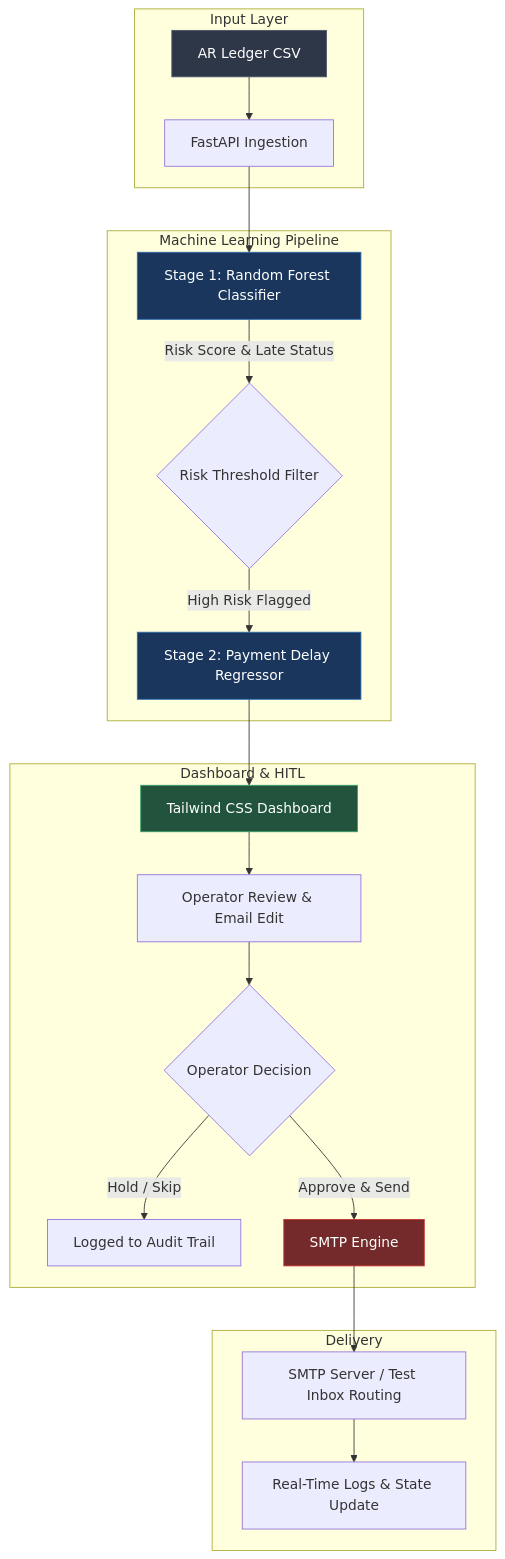
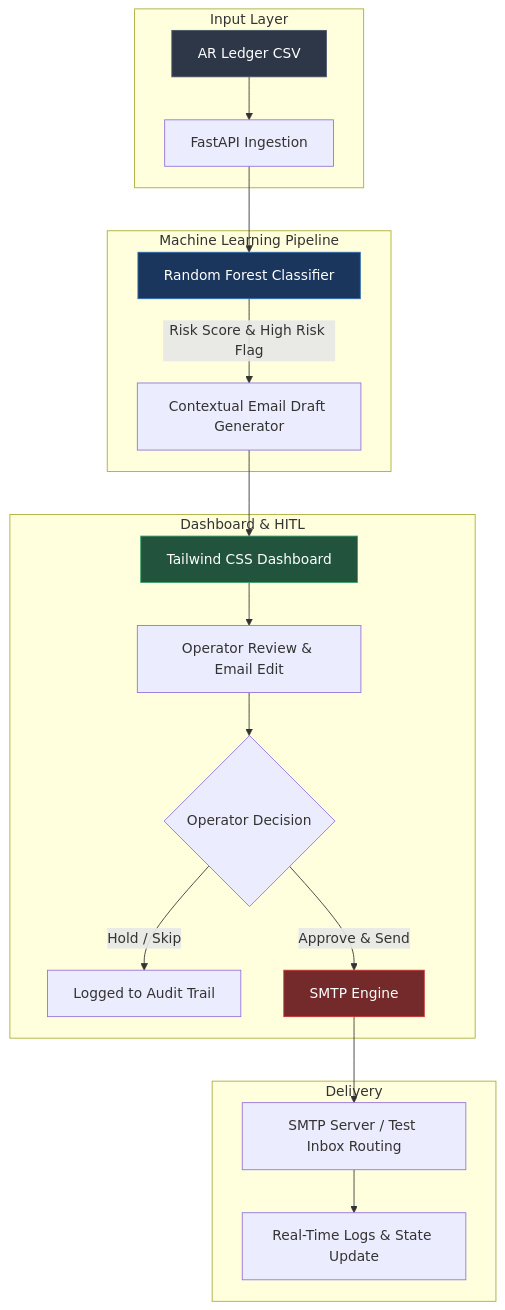
One commit to sajesh-nair/autocollect-ai-dunning-engine changed the diagram in README.md. Above: the diagram before and after it, drawn with Mermaid. The commit also changed other lines of this file, not shown here.

Commit message:
Revise README for updated architecture and features
Updated README to reflect changes in architecture and functionality.

````diff
--- a/README.md
+++ b/README.md
@@ -9,37 +9,35 @@
 ```mermaid
 graph TD
     %% Input Layer
     subgraph Input Layer
         A[AR Ledger CSV] --> B[FastAPI Ingestion]
     end
 
     %% ML Engine
     subgraph Machine Learning Pipeline
-        B --> C[Stage 1: Random Forest Classifier]
-        C -->|Risk Score & Late Status| D{Risk Threshold Filter}
-        D -->|High Risk Flagged| E[Stage 2: Payment Delay Regressor]
+        B --> C[Random Forest Classifier]
+        C -->|Risk Score & High Risk Flag| D[Contextual Email Draft Generator]
     end
 
     %% Application & Governance
     subgraph Dashboard & HITL
-        E --> F[Tailwind CSS Dashboard]
-        F --> G[Operator Review & Email Edit]
-        G --> H{Operator Decision}
-        H -->|Hold / Skip| I[Logged to Audit Trail]
-        H -->|Approve & Send| J[SMTP Engine]
+        D --> E[Tailwind CSS Dashboard]
+        E --> F[Operator Review & Email Edit]
+        F --> G{Operator Decision}
+        G -->|Hold / Skip| H[Logged to Audit Trail]
+        G -->|Approve & Send| I[SMTP Engine]
     end
 
     %% Execution & Delivery
     subgraph Delivery
-        J --> K[SMTP Server / Test Inbox Routing]
-        K --> L[Real-Time Logs & State Update]
+        I --> J[SMTP Server / Test Inbox Routing]
+        J --> K[Real-Time Logs & State Update]
     end
 
     %% Styling
     style A fill:#2d3748,stroke:#4a5568,color:#fff
     style C fill:#1a365d,stroke:#2b6cb0,color:#fff
-    style E fill:#1a365d,stroke:#2b6cb0,color:#fff
-    style F fill:#22543d,stroke:#38a169,color:#fff
-    style J fill:#742a2a,stroke:#c53030,color:#fff
+    style E fill:#22543d,stroke:#38a169,color:#fff
+    style I fill:#742a2a,stroke:#c53030,color:#fff
 
 ```
````
